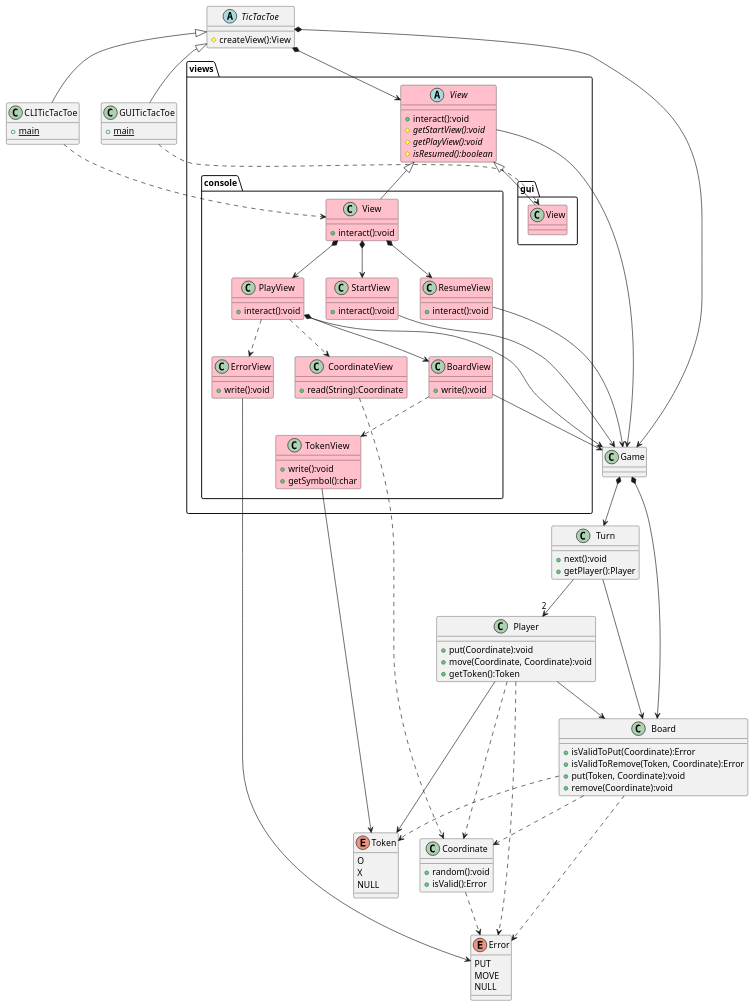
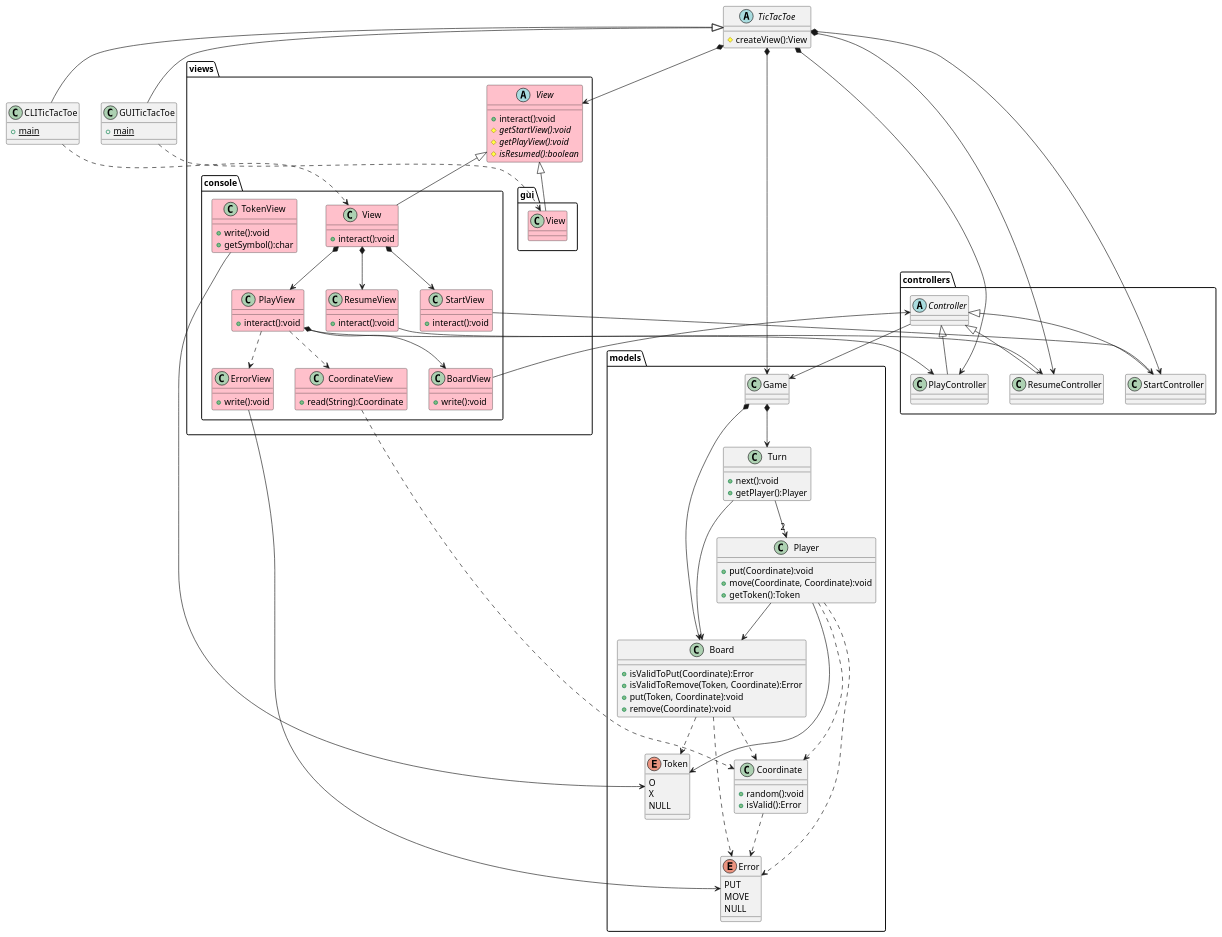
One commit to ioni5/tic-tac-toe changed the diagram in docs/tictactoe.puml. Above: the diagram before and after it, drawn with PlantUML. The commit also changed 2 other files, not shown here.

```diff
--- a/docs/tictactoe.puml
+++ b/docs/tictactoe.puml
@@ -1,131 +1,142 @@
 @startuml tictactoe
 
 
-class Game {
+class models.Game {
 }
-Game *--> Board
-Game *--> Turn
+models.Game *--> models.Board
+models.Game *--> models.Turn
 
-Turn --> "2" Player
-Turn --> Board
-class Turn {
+models.Turn --> "2" models.Player
+models.Turn --> models.Board
+class models.Turn {
     + next():void
     + getPlayer():Player
 }
 
-class Player {
+class models.Player {
     + put(Coordinate):void
     + move(Coordinate, Coordinate):void
     + getToken():Token
 }
-Player --> Board
-Player --> Token
-Player ..> Error
-Player ..> Coordinate
+models.Player --> models.Board
+models.Player --> models.Token
+models.Player ..> models.Error
+models.Player ..> models.Coordinate
 
-class Board {
+class models.Board {
     + isValidToPut(Coordinate):Error
     + isValidToRemove(Token, Coordinate):Error
     + put(Token, Coordinate):void
     + remove(Coordinate):void
 }
-Board ..> Token
-Board ..> Error
-Board ..> Coordinate
+models.Board ..> models.Token
+models.Board ..> models.Error
+models.Board ..> models.Coordinate
 
-class Coordinate {
+class models.Coordinate {
     + random():void
     + isValid():Error
 }
-Coordinate ..> Error
+models.Coordinate ..> models.Error
 
-enum Error {
+enum models.Error {
     PUT
     MOVE
     NULL
 }
 
-enum Token {
+enum models.Token {
     O
     X
     NULL
 }
 
 class views.console.View #pink {
     + interact():void
 }
 class views.console.StartView #pink {
     + interact():void
 }
 class views.console.PlayView #pink {
     + interact():void
 }
 class views.console.ResumeView #pink {
     + interact():void
 }
 class views.console.BoardView #pink {
     + write():void
 }
 class views.console.CoordinateView #pink {
     + read(String):Coordinate
 }
 class views.console.ErrorView #pink {
     + write():void
 }
 class views.console.TokenView #pink {
     + write():void
     + getSymbol():char
 }
 views.console.View *--> views.console.StartView
 views.console.View *--> views.console.PlayView
 views.console.View *--> views.console.ResumeView
 
 views.console.PlayView *--> views.console.BoardView
 views.console.PlayView ..> views.console.CoordinateView
 views.console.PlayView ..> views.console.ErrorView
-views.console.BoardView ..> views.console.TokenView
+views.console.BoardView --> controllers.Controller
 
-views.console.PlayView --> Game
-views.console.StartView --> Game
-views.console.ResumeView --> Game
+views.console.PlayView --> controllers.PlayController
+views.console.StartView --> controllers.StartController
+views.console.ResumeView --> controllers.ResumeController
 
-views.console.BoardView --> Game
-views.console.TokenView --> Token
-views.console.ErrorView --> Error
+views.console.TokenView --> models.Token
+views.console.ErrorView --> models.Error
 
-views.console.CoordinateView ..> Coordinate
-
-views.View --> Game
+views.console.CoordinateView ..> models.Coordinate
 
 abstract class views.View #pink {
     + interact():void
     # {abstract} getStartView():void
     # {abstract} getPlayView():void
     # {abstract} isResumed():boolean
 }
 
 views.View <|-- views.console.View
 views.View <|-- views.gui.View
 
 class views.gui.View #pink {}
 
 abstract class TicTacToe {
     # createView():View
 }
-TicTacToe *--> Game
+TicTacToe *--> models.Game
+TicTacToe *--> controllers.StartController
+TicTacToe *--> controllers.PlayController
+TicTacToe *--> controllers.ResumeController
 TicTacToe *--> views.View
 
 TicTacToe <|-- CLITicTacToe
 TicTacToe <|-- GUITicTacToe
 
 CLITicTacToe ..> views.console.View
 GUITicTacToe ..> views.gui.View
 
 class CLITicTacToe {
     + {static} main
 }
 
 class GUITicTacToe {
     + {static} main
 }
+
+abstract class controllers.Controller {
+    
+}
+
+controllers.Controller --> models.Game
+
+controllers.Controller <|-- controllers.StartController
+controllers.Controller <|-- controllers.PlayController
+controllers.Controller <|-- controllers.ResumeController
+
 @enduml
```
